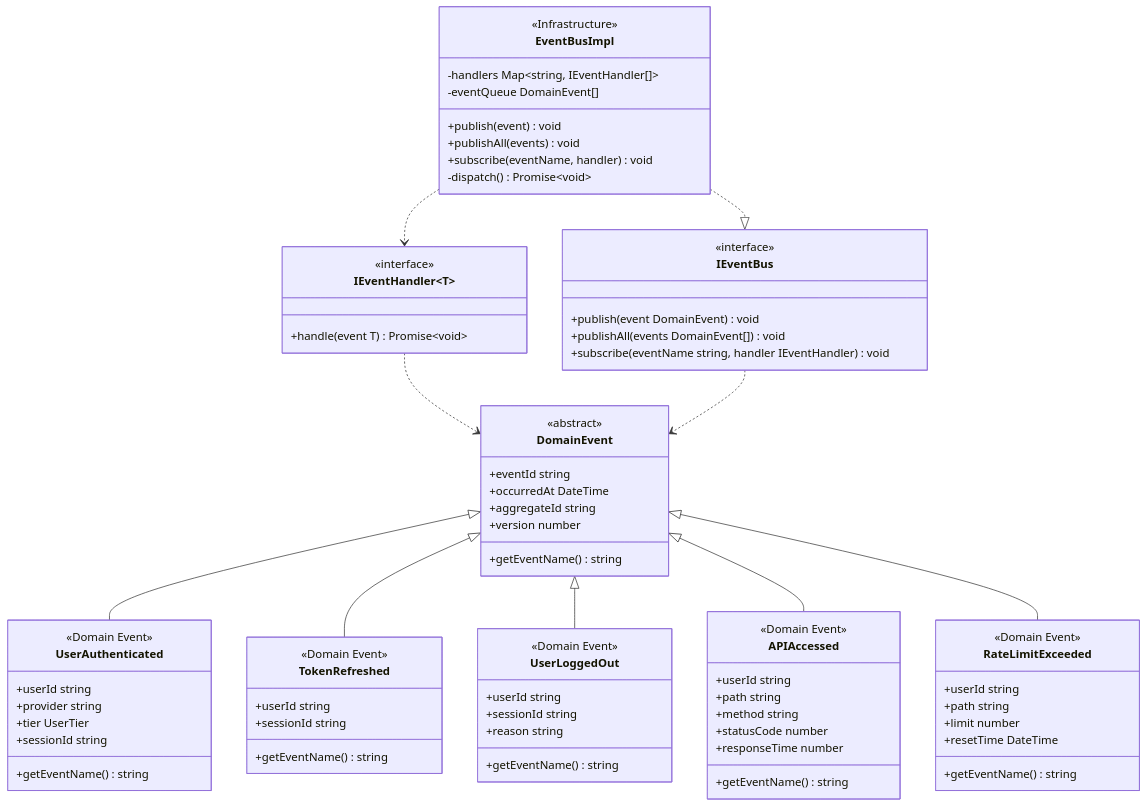
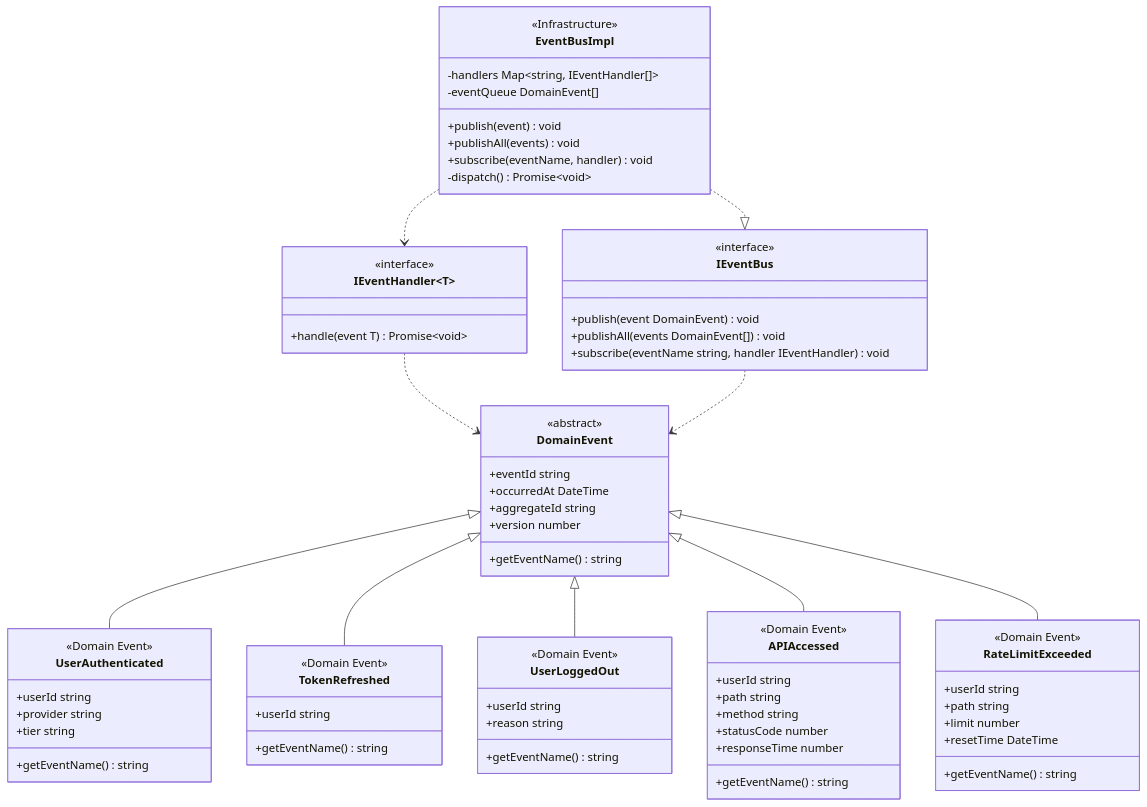
Diagram 12 of 14 in docs/specs/step5-design.md (hydrangeas/redis-test), drawn with Mermaid before and after one commit. The commit also changed other lines of this file, not shown here.

```diff
--- a/docs/specs/step5-design.md
+++ b/docs/specs/step5-design.md
@@ -1057,22 +976,19 @@
         <<Domain Event>>
         +userId string
         +provider string
-        +tier UserTier
-        +sessionId string
+        +tier string
         +getEventName() string
     }
     
     class TokenRefreshed {
         <<Domain Event>>
         +userId string
-        +sessionId string
         +getEventName() string
     }
     
     class UserLoggedOut {
         <<Domain Event>>
         +userId string
-        +sessionId string
         +reason string
         +getEventName() string
     }
```
